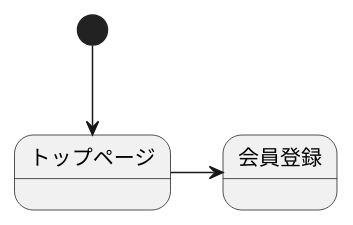
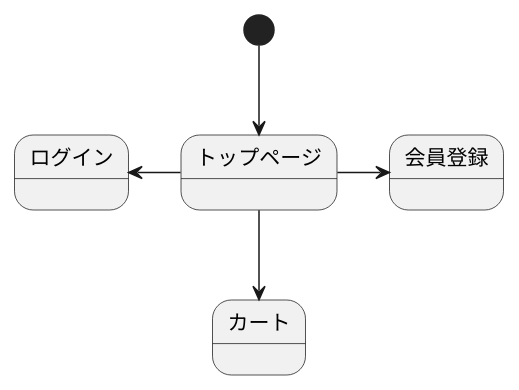
Before and after one commit to Aso2001388/2021sys-design: the diagram in stm01.md, drawn with PlantUML.

````diff
--- a/stm01.md
+++ b/stm01.md
@@ -1,7 +1,9 @@
 ```uml
 @startuml
 [*]-->トップページ
 トップページ->会員登録
+トップページ-left->ログイン
+トップページ-->カート
 
 @enduml
 ```
````
